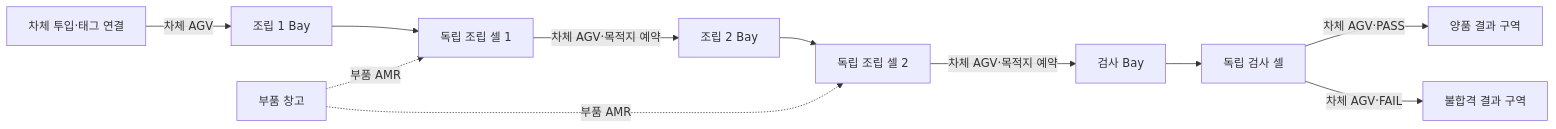
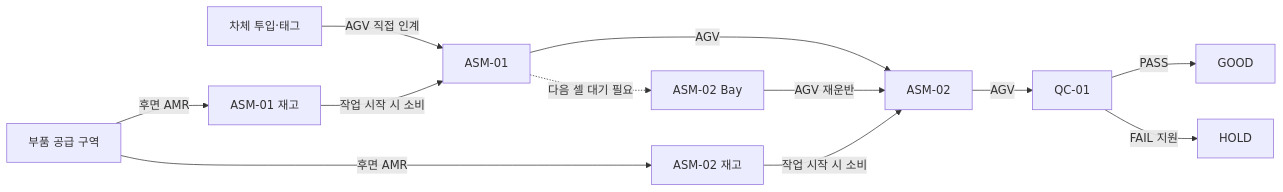
Before and after one commit to kosyunderbar/3Dfactory: the first of 2 diagrams in 가상 제조공장 실시간 통합 관제 시스템 - 기획서.md, drawn with Mermaid. The commit also changed other lines of this file and 184 other files, not shown here.

````diff
--- a/가상 제조공장 실시간 통합 관제 시스템 - 기획서.md
+++ b/가상 제조공장 실시간 통합 관제 시스템 - 기획서.md
@@ -230,13 +250,14 @@
 ```mermaid
 flowchart LR
-    IN[차체 투입·태그 연결] -->|차체 AGV| B1[조립 1 Bay]
-    B1 --> C1[독립 조립 셀 1]
-    C1 -->|차체 AGV·목적지 예약| B2[조립 2 Bay]
-    B2 --> C2[독립 조립 셀 2]
-    C2 -->|차체 AGV·목적지 예약| BQ[검사 Bay]
-    BQ --> QC[독립 검사 셀]
-    QC -->|차체 AGV·PASS| GOOD[양품 결과 구역]
-    QC -->|차체 AGV·FAIL| HOLD[불합격 결과 구역]
-    PARTS[부품 창고] -. 부품 AMR .-> C1
-    PARTS -. 부품 AMR .-> C2
+    IN[차체 투입·태그] -->|AGV 직접 인계| C1[ASM-01]
+    C1 -->|AGV| C2[ASM-02]
+    C2 -->|AGV| QC[QC-01]
+    QC -->|PASS| GOOD[GOOD]
+    QC -->|FAIL 지원| HOLD[HOLD]
+    C1 -. 다음 셀 대기 필요 .-> B2[ASM-02 Bay]
+    B2 -->|AGV 재운반| C2
+    PARTS[부품 공급 구역] -->|후면 AMR| D1[ASM-01 재고]
+    PARTS -->|후면 AMR| D2[ASM-02 재고]
+    D1 -->|작업 시작 시 소비| C1
+    D2 -->|작업 시작 시 소비| C2
 ```
````
